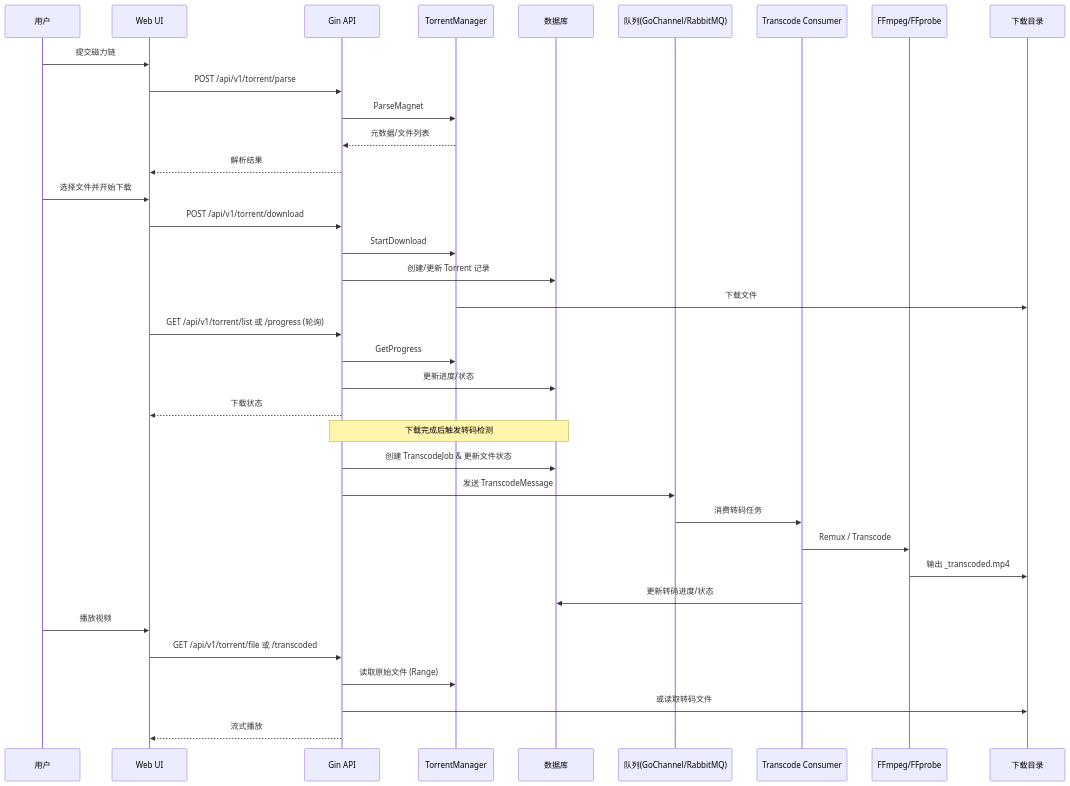
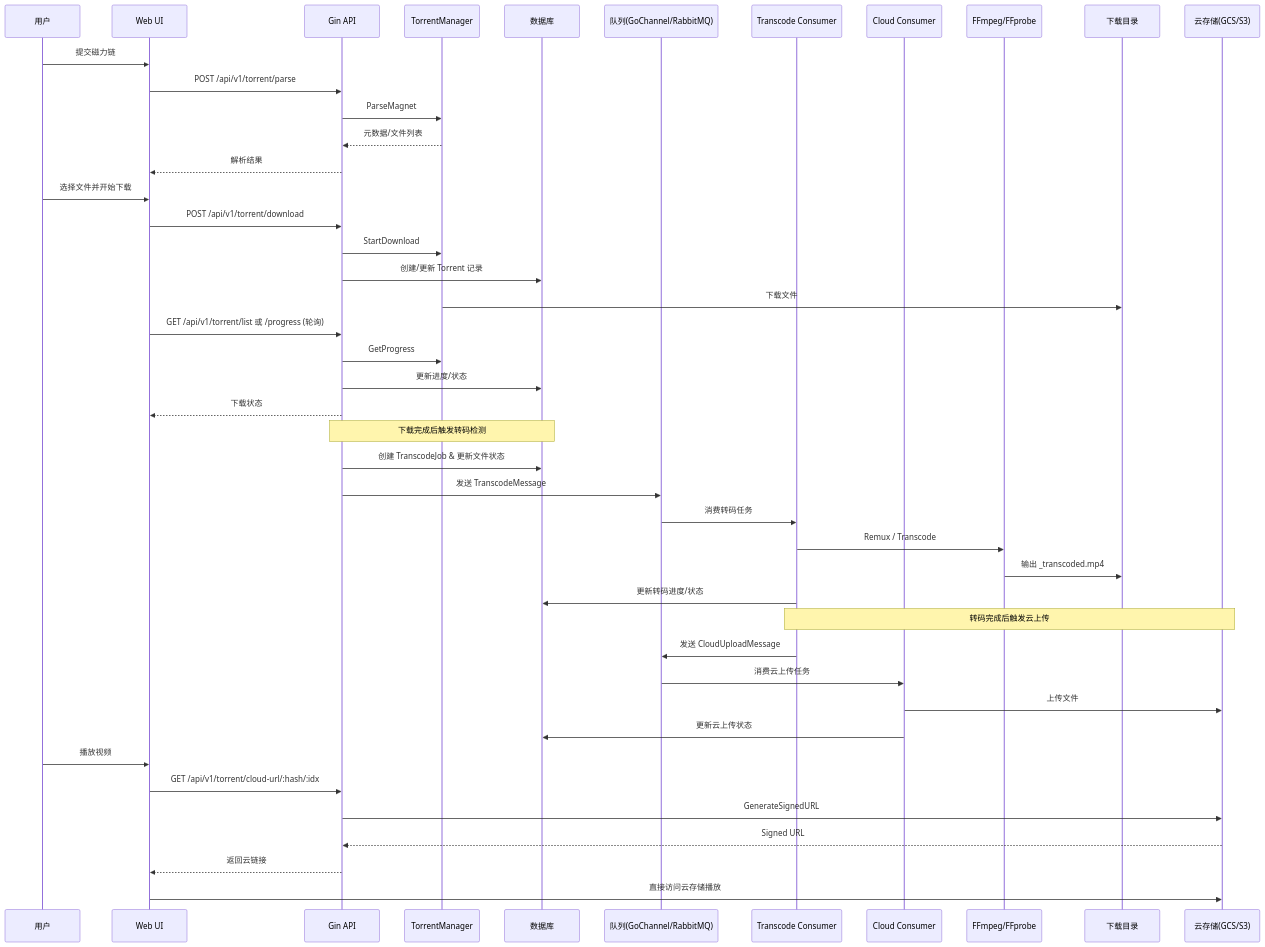
The third of 3 diagrams in CLAUDE.md (JackYinpei/magnet2video), drawn with Mermaid before and after one commit. The commit also changed other lines of this file and 23 other files, not shown here.

````diff
--- a/CLAUDE.md
+++ b/CLAUDE.md
@@ -660,43 +711,52 @@
 ```mermaid
 sequenceDiagram
   participant U as 用户
   participant UI as Web UI
   participant API as Gin API
   participant TM as TorrentManager
   participant DB as 数据库
   participant Q as 队列(GoChannel/RabbitMQ)
   participant C as Transcode Consumer
+  participant CC as Cloud Consumer
   participant FF as FFmpeg/FFprobe
   participant FS as 下载目录
+  participant Cloud as 云存储(GCS/S3)
 
   U->>UI: 提交磁力链
   UI->>API: POST /api/v1/torrent/parse
   API->>TM: ParseMagnet
   TM-->>API: 元数据/文件列表
   API-->>UI: 解析结果
 
   U->>UI: 选择文件并开始下载
   UI->>API: POST /api/v1/torrent/download
   API->>TM: StartDownload
   API->>DB: 创建/更新 Torrent 记录
   TM->>FS: 下载文件
 
   UI->>API: GET /api/v1/torrent/list 或 /progress (轮询)
   API->>TM: GetProgress
   API->>DB: 更新进度/状态
   API-->>UI: 下载状态
 
   Note over API,DB: 下载完成后触发转码检测
   API->>DB: 创建 TranscodeJob & 更新文件状态
   API->>Q: 发送 TranscodeMessage
   Q->>C: 消费转码任务
   C->>FF: Remux / Transcode
   FF->>FS: 输出 _transcoded.mp4
   C->>DB: 更新转码进度/状态
 
+  Note over C,Cloud: 转码完成后触发云上传
+  C->>Q: 发送 CloudUploadMessage
+  Q->>CC: 消费云上传任务
+  CC->>Cloud: 上传文件
+  CC->>DB: 更新云上传状态
+
   U->>UI: 播放视频
-  UI->>API: GET /api/v1/torrent/file 或 /transcoded
-  API->>TM: 读取原始文件 (Range)
-  API->>FS: 或读取转码文件
-  API-->>UI: 流式播放
+  UI->>API: GET /api/v1/torrent/cloud-url/:hash/:idx
+  API->>Cloud: GenerateSignedURL
+  Cloud-->>API: Signed URL
+  API-->>UI: 返回云链接
+  UI->>Cloud: 直接访问云存储播放
 ```
````
